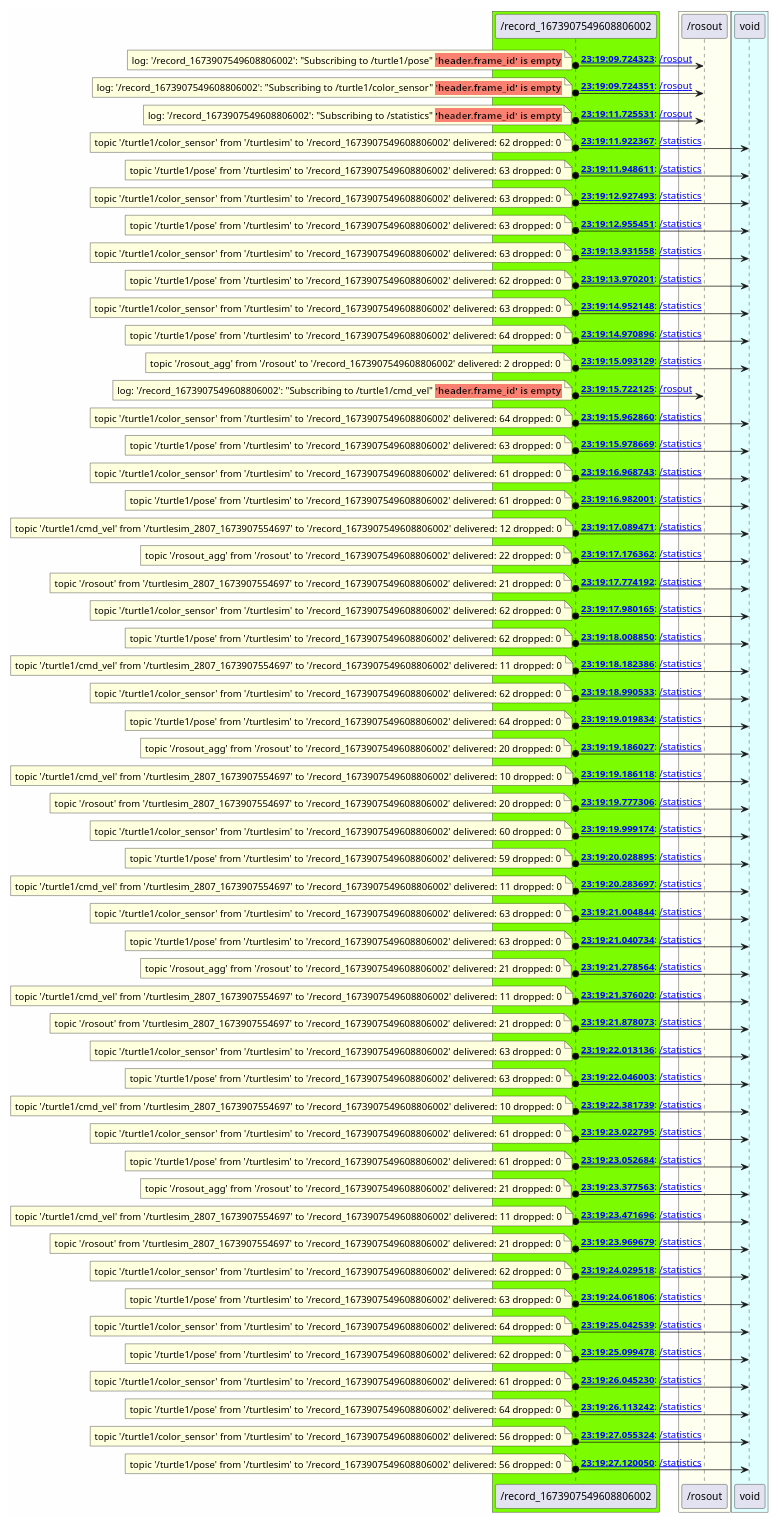
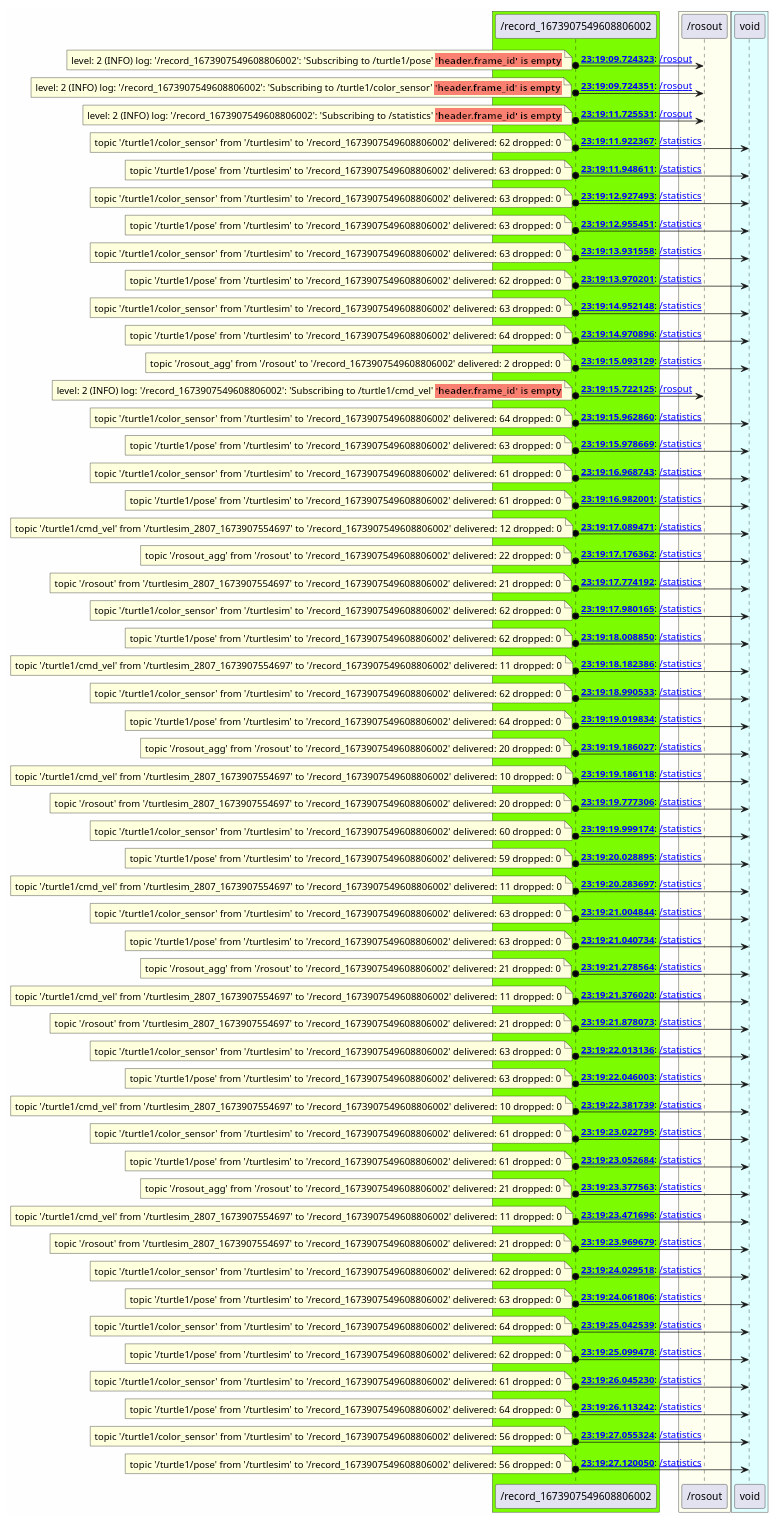
The diagram in examples/turtlesim/rosbag/out/nodes/_record_1673907549608806002.puml (anetczuk/ros-diagram-tools), drawn with PlantUML before and after one commit. The commit also changed 335 other files, not shown here.

```diff
--- a/examples/turtlesim/rosbag/out/nodes/_record_1673907549608806002.puml
+++ b/examples/turtlesim/rosbag/out/nodes/_record_1673907549608806002.puml
@@ -14,15 +14,15 @@
 
 _record_1673907549608806002 o-> _rosout : **[[../msgs/0000000_msg.html {message data} 23:19:09.724323]]**: [[../topics/_rosout.html {topic data} /rosout]]
 note left
-log: '/record_1673907549608806002': "Subscribing to /turtle1/pose" <b><back:salmon>'header.frame_id' is empty</back></b>
+level: 2 (INFO) log: '/record_1673907549608806002': 'Subscribing to /turtle1/pose' <b><back:salmon>'header.frame_id' is empty</back></b>
 end note
 _record_1673907549608806002 o-> _rosout : **[[../msgs/0000001_msg.html {message data} 23:19:09.724351]]**: [[../topics/_rosout.html {topic data} /rosout]]
 note left
-log: '/record_1673907549608806002': "Subscribing to /turtle1/color_sensor" <b><back:salmon>'header.frame_id' is empty</back></b>
+level: 2 (INFO) log: '/record_1673907549608806002': 'Subscribing to /turtle1/color_sensor' <b><back:salmon>'header.frame_id' is empty</back></b>
 end note
 _record_1673907549608806002 o-> _rosout : **[[../msgs/0000228_msg.html {message data} 23:19:11.725531]]**: [[../topics/_rosout.html {topic data} /rosout]]
 note left
-log: '/record_1673907549608806002': "Subscribing to /statistics" <b><back:salmon>'header.frame_id' is empty</back></b>
+level: 2 (INFO) log: '/record_1673907549608806002': 'Subscribing to /statistics' <b><back:salmon>'header.frame_id' is empty</back></b>
 end note
 _record_1673907549608806002 o-> void : **[[../msgs/0000254_msg.html {message data} 23:19:11.922367]]**: [[../topics/_statistics.html {topic data} /statistics]]
 note left
@@ -62,7 +62,7 @@
 end note
 _record_1673907549608806002 o-> _rosout : **[[../msgs/0000751_msg.html {message data} 23:19:15.722125]]**: [[../topics/_rosout.html {topic data} /rosout]]
 note left
-log: '/record_1673907549608806002': "Subscribing to /turtle1/cmd_vel" <b><back:salmon>'header.frame_id' is empty</back></b>
+level: 2 (INFO) log: '/record_1673907549608806002': 'Subscribing to /turtle1/cmd_vel' <b><back:salmon>'header.frame_id' is empty</back></b>
 end note
 _record_1673907549608806002 o-> void : **[[../msgs/0000789_msg.html {message data} 23:19:15.962860]]**: [[../topics/_statistics.html {topic data} /statistics]]
 note left
```
